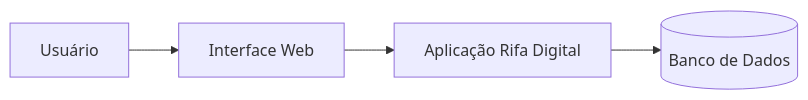
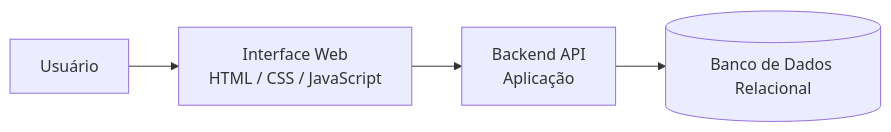
The second of 3 diagrams in docs/architecture/c4-model.md (ivnavalenca/rifa-digital), drawn with Mermaid before and after one commit. The commit also changed other lines of this file, not shown here.

````diff
--- a/docs/architecture/c4-model.md
+++ b/docs/architecture/c4-model.md
@@ -59,13 +53,17 @@
-``` mermaid
+```mermaid
 flowchart LR
 
-User[Usuário]
+USER[Usuário]
 
-Frontend[Interface Web]
-Backend[Aplicação Rifa Digital]
-Database[(Banco de Dados)]
+WEB[Interface Web
+HTML / CSS / JavaScript]
 
-User --> Frontend
-Frontend --> Backend
-Backend --> Database
+API[Backend API
+Aplicação]
+
+DB[(Banco de Dados Relacional)]
+
+USER --> WEB
+WEB --> API
+API --> DB
 ```
````
